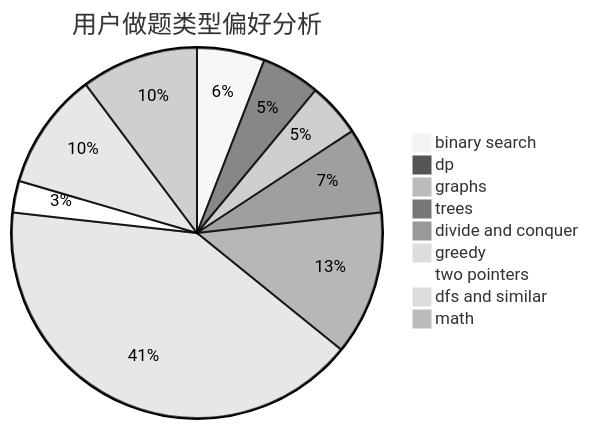
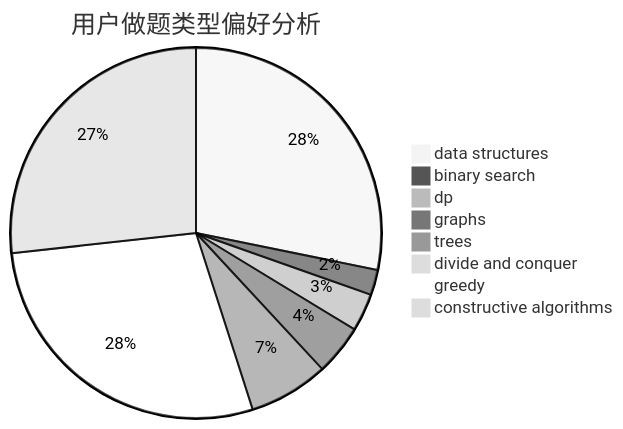
One commit to sherpahu/cfrs.github.io changed the second of 3 diagrams in docs/user/u1731.md. Above: the diagram before and after it, drawn with Mermaid (neutral theme). The commit also changed other lines of this file and 2775 other files, not shown here.

````diff
--- a/docs/user/u1731.md
+++ b/docs/user/u1731.md
@@ -23,12 +23,11 @@
 ```mermaid
 pie title 用户做题类型偏好分析
-    "binary search" :  15
-    "dp" :  13
+    "data structures" :  77
+    "binary search" :  6
+    "dp" :  9
     "graphs" :  12
     "trees" :  19
-    "divide and conquer" :  32
-    "greedy" :  104
-    "two pointers" :  7
-    "dfs and similar" :  26
-    "math" :  26
+    "divide and conquer" :  0
+    "greedy" :  77
+    "constructive algorithms" :  73
 ```
````
